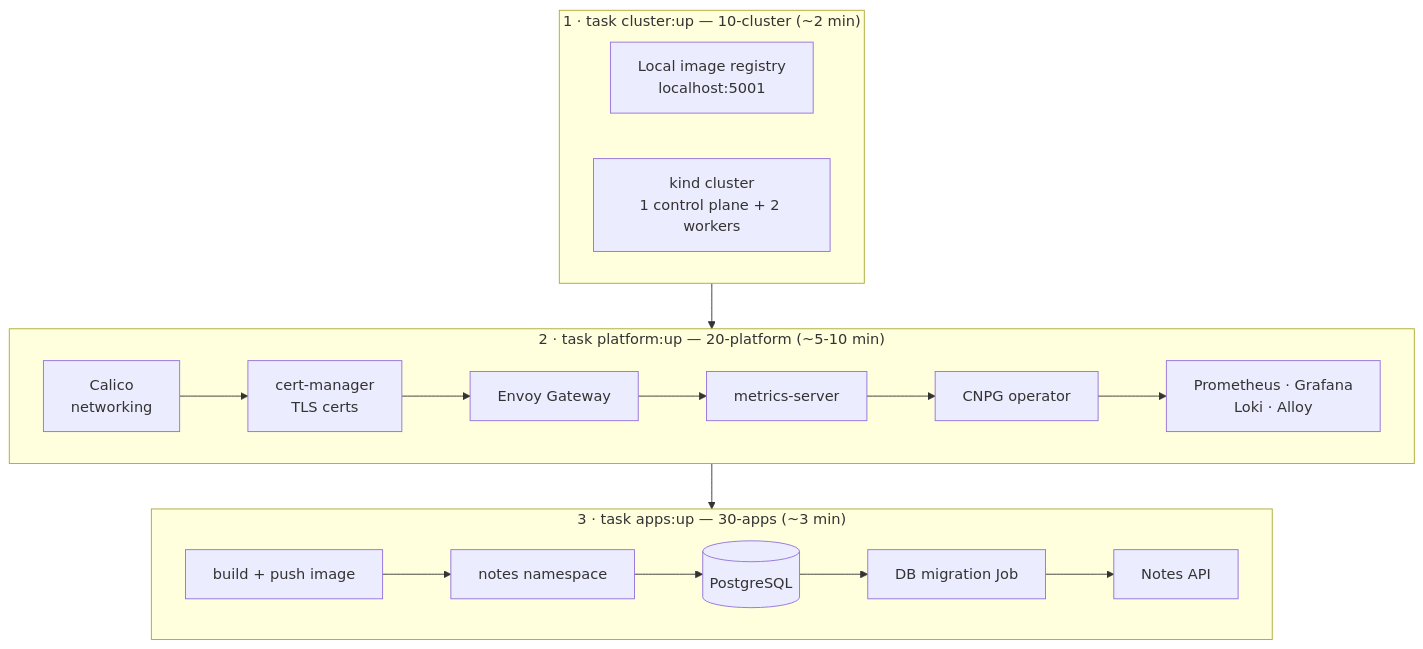
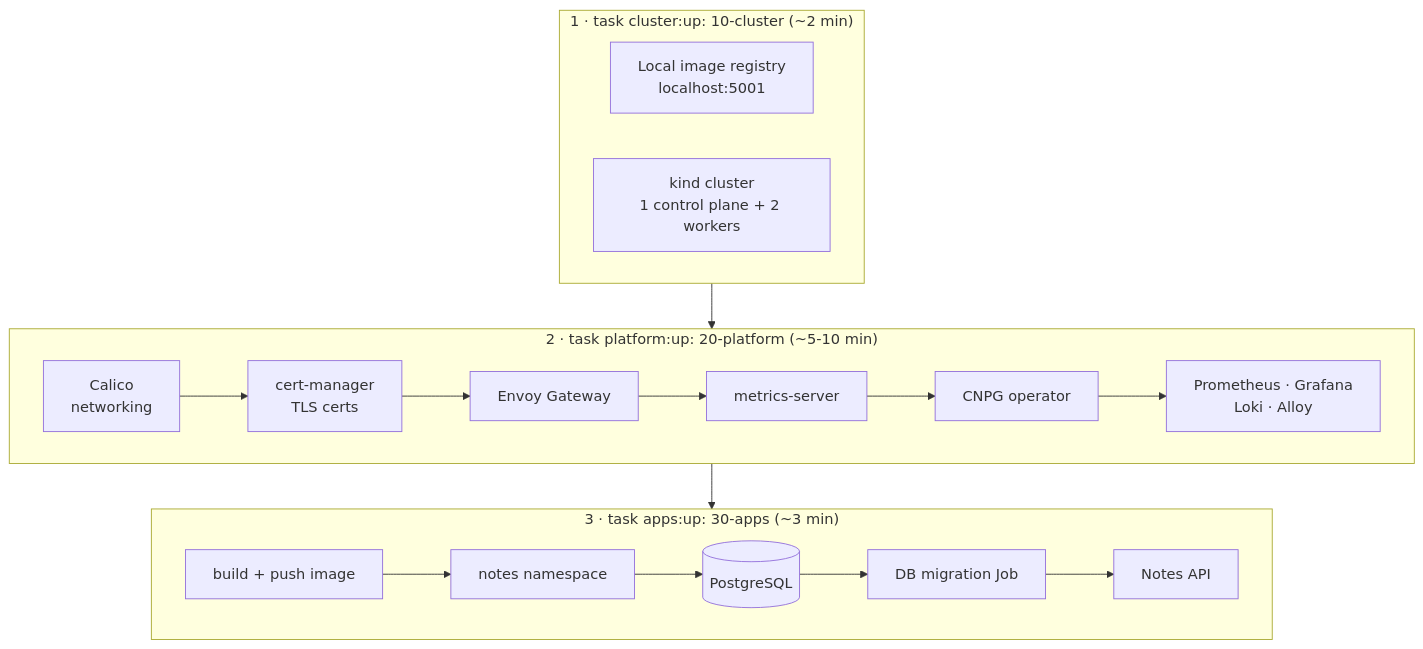
One commit to juanpaz90/AWS-Challenge changed the third of 9 diagrams in docs/operator-guide.md. Above: the diagram before and after it, drawn with Mermaid. The commit also changed other lines of this file, not shown here.

````diff
--- a/docs/operator-guide.md
+++ b/docs/operator-guide.md
@@ -105,16 +174,16 @@
 ```mermaid
 flowchart TB
-    subgraph s10["1 · task cluster:up — 10-cluster (~2 min)"]
+    subgraph s10["1 · task cluster:up: 10-cluster (~2 min)"]
         r[Local image registry<br/>localhost:5001]
         k[kind cluster<br/>1 control plane + 2 workers]
     end
-    subgraph s20["2 · task platform:up — 20-platform (~5-10 min)"]
+    subgraph s20["2 · task platform:up: 20-platform (~5-10 min)"]
         direction LR
         c[Calico<br/>networking] --> cm[cert-manager<br/>TLS certs] --> eg[Envoy Gateway] --> ms[metrics-server] --> cnpg[CNPG operator] --> obs[Prometheus · Grafana<br/>Loki · Alloy]
     end
-    subgraph s30["3 · task apps:up — 30-apps (~3 min)"]
+    subgraph s30["3 · task apps:up: 30-apps (~3 min)"]
         direction LR
         b[build + push image] --> ns[notes namespace] --> pg[(PostgreSQL)] --> mig[DB migration Job] --> app[Notes API]
     end
     s10 --> s20 --> s30
 ```
````
